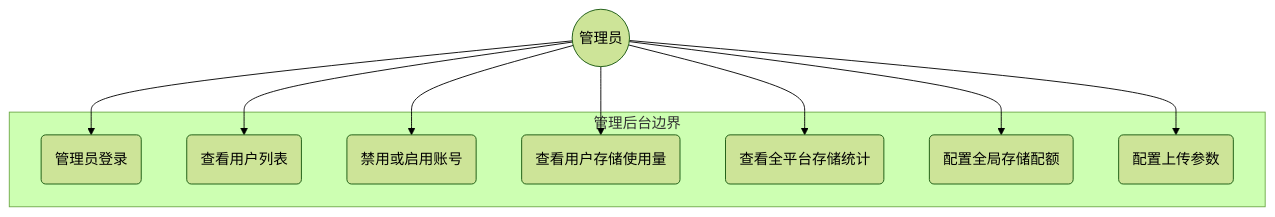
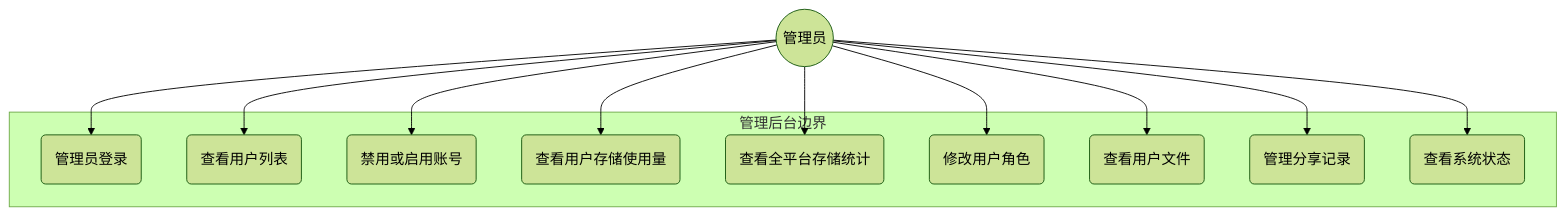
The second of 11 diagrams in docs/lunwen/基于Drogon的网络磁盘系统的设计与实现_毕业论文.md (yizhinailong/disk), drawn with Mermaid (forest theme) before and after one commit. The commit also changed other lines of this file, not shown here.

````diff
--- a/docs/lunwen/基于Drogon的网络磁盘系统的设计与实现_毕业论文.md
+++ b/docs/lunwen/基于Drogon的网络磁盘系统的设计与实现_毕业论文.md
@@ -188,20 +194,24 @@
 ```mermaid
 graph TB
     subgraph 管理后台边界
         AM1(管理员登录)
         AM2(查看用户列表)
         AM3(禁用或启用账号)
         AM4(查看用户存储使用量)
         AM5(查看全平台存储统计)
-        AM6(配置全局存储配额)
-        AM7(配置上传参数)
+        AM6(修改用户角色)
+        AM7(查看用户文件)
+        AM8(管理分享记录)
+        AM9(查看系统状态)
     end
     Admin((管理员))
     Admin --> AM1
     Admin --> AM2
     Admin --> AM3
     Admin --> AM4
     Admin --> AM5
     Admin --> AM6
     Admin --> AM7
+    Admin --> AM8
+    Admin --> AM9
 ```
````
